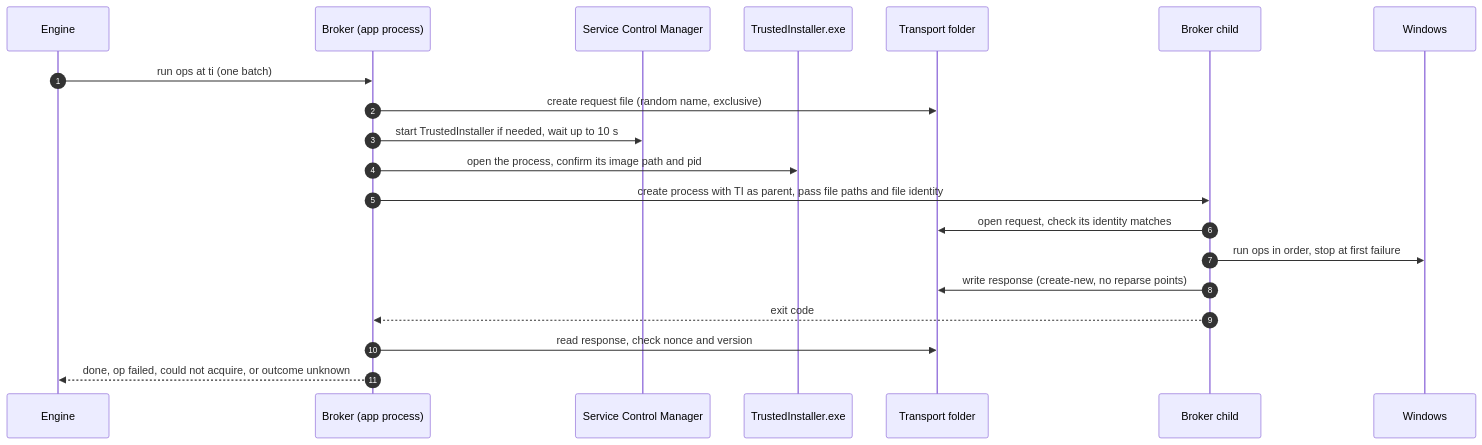
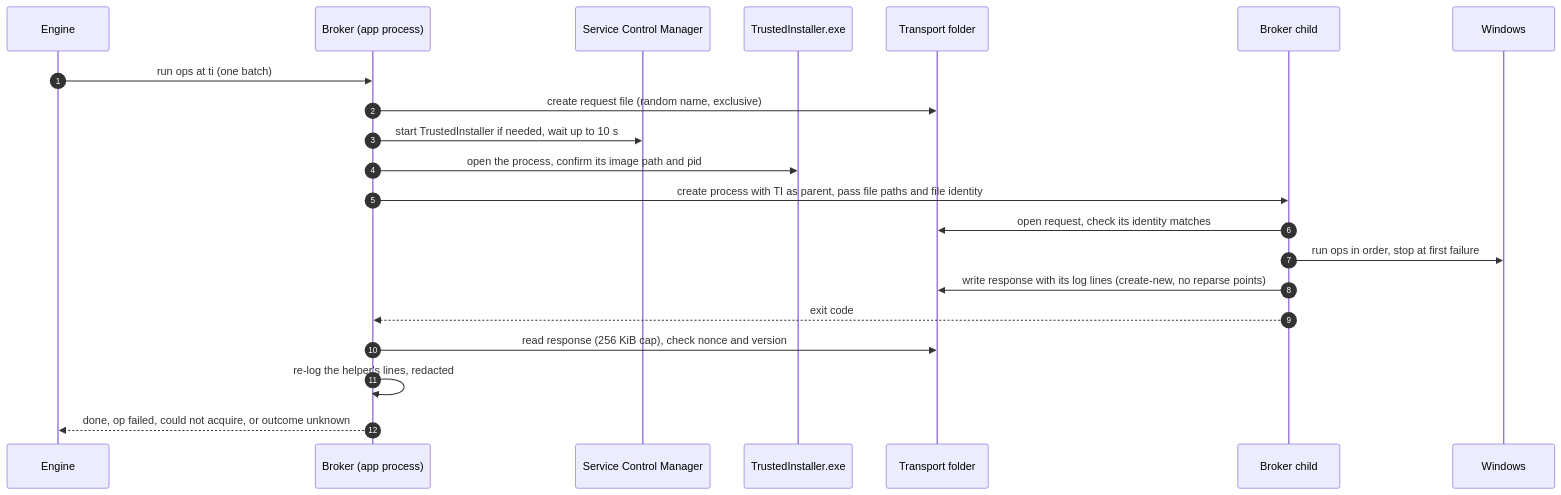
Before and after one commit to ehsan18t/magicx-toolbox-gui: the second of 2 diagrams in docs/architecture/tweak/elevation.md, drawn with Mermaid. The commit also changed other lines of this file and 65 other files, not shown here.

````diff
--- a/docs/architecture/tweak/elevation.md
+++ b/docs/architecture/tweak/elevation.md
@@ -59,23 +61,24 @@
 ```mermaid
 sequenceDiagram
   autonumber
   participant E as Engine
   participant P as Broker (app process)
   participant SCM as Service Control Manager
   participant TI as TrustedInstaller.exe
   participant F as Transport folder
   participant C as Broker child
   participant W as Windows
 
   E->>P: run ops at ti (one batch)
   P->>F: create request file (random name, exclusive)
   P->>SCM: start TrustedInstaller if needed, wait up to 10 s
   P->>TI: open the process, confirm its image path and pid
   P->>C: create process with TI as parent, pass file paths and file identity
   C->>F: open request, check its identity matches
   C->>W: run ops in order, stop at first failure
-  C->>F: write response (create-new, no reparse points)
+  C->>F: write response with its log lines (create-new, no reparse points)
   C-->>P: exit code
-  P->>F: read response, check nonce and version
+  P->>F: read response (256 KiB cap), check nonce and version
+  P->>P: re-log the helper's lines, redacted
   P-->>E: done, op failed, could not acquire, or outcome unknown
 ```
````
